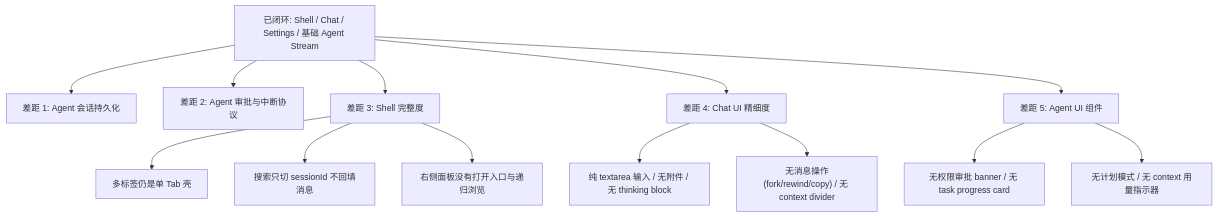
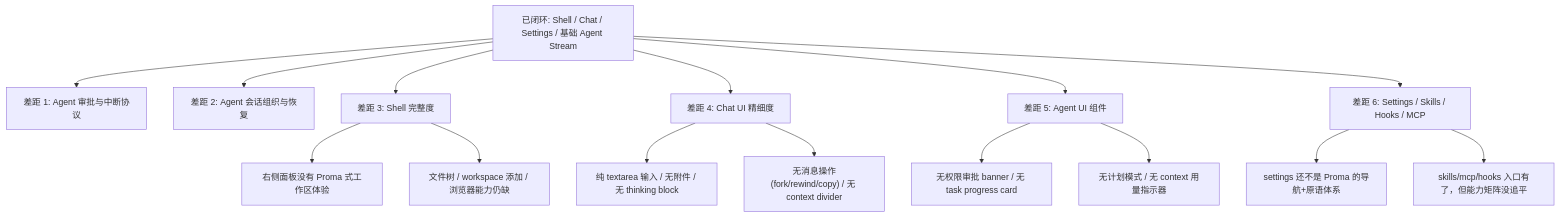
One commit to LingoJack/j-gui changed the diagram in .codestable/compound/2026-05-08-explore-proma-gap-analysis.md. Above: the diagram before and after it, drawn with Mermaid. The commit also changed other lines of this file and 83 other files, not shown here.

First line of the commit message:
feat: Phase E 多标签隔离 + Governance UI + 安全加固 — per-tab atoms/governance commands/session_id验证/TOCTOU修复

````diff
--- a/.codestable/compound/2026-05-08-explore-proma-gap-analysis.md
+++ b/.codestable/compound/2026-05-08-explore-proma-gap-analysis.md
@@ -27,15 +38,17 @@
 ```mermaid
 graph TD
-    A["已闭环: Shell / Chat / Settings / 基础 Agent Stream"] --> B["差距 1: Agent 会话持久化"]
-    A --> C["差距 2: Agent 审批与中断协议"]
+    A["已闭环: Shell / Chat / Settings / 基础 Agent Stream"] --> B["差距 1: Agent 审批与中断协议"]
+    A --> C["差距 2: Agent 会话组织与恢复"]
     A --> D["差距 3: Shell 完整度"]
     A --> E["差距 4: Chat UI 精细度"]
     A --> F["差距 5: Agent UI 组件"]
-    D --> G["多标签仍是单 Tab 壳"]
-    D --> H["搜索只切 sessionId 不回填消息"]
-    D --> I["右侧面板没有打开入口与递归浏览"]
+    A --> G["差距 6: Settings / Skills / Hooks / MCP"]
+    D --> H["右侧面板没有 Proma 式工作区体验"]
+    D --> I["文件树 / workspace 添加 / 浏览器能力仍缺"]
     E --> J["纯 textarea 输入 / 无附件 / 无 thinking block"]
     E --> K["无消息操作(fork/rewind/copy) / 无 context divider"]
     F --> L["无权限审批 banner / 无 task progress card"]
     F --> M["无计划模式 / 无 context 用量指示器"]
+    G --> N["settings 还不是 Proma 的导航+原语体系"]
+    G --> O["skills/mcp/hooks 入口有了，但能力矩阵没追平"]
 ```
````
